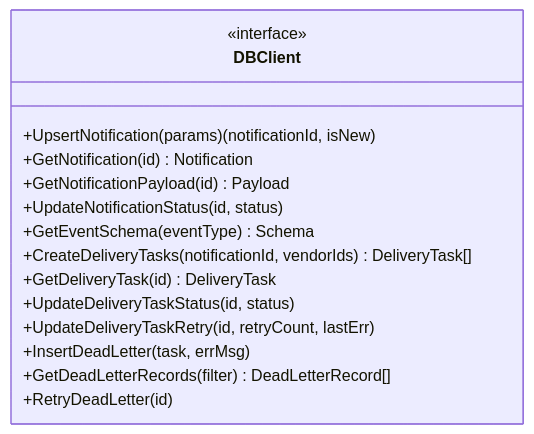
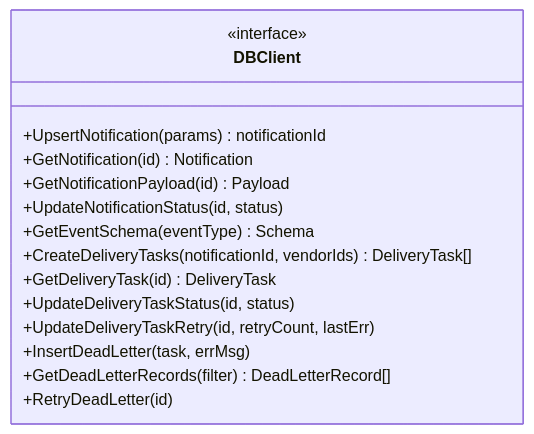
One commit to xnslong/rc_xnslong changed diagram 17 of 20 in doc/requirements/202605-notification-design-dd.md. Above: the diagram before and after it, drawn with Mermaid. The commit also changed other lines of this file, not shown here.

````diff
--- a/doc/requirements/202605-notification-design-dd.md
+++ b/doc/requirements/202605-notification-design-dd.md
@@ -1778,18 +1779,18 @@
 ```mermaid
 classDiagram
     class DBClient {
         <<interface>>
-        +UpsertNotification(params) (notificationId, isNew)
+        +UpsertNotification(params) notificationId
         +GetNotification(id) Notification
         +GetNotificationPayload(id) Payload
         +UpdateNotificationStatus(id, status)
         +GetEventSchema(eventType) Schema
         +CreateDeliveryTasks(notificationId, vendorIds) DeliveryTask[]
         +GetDeliveryTask(id) DeliveryTask
         +UpdateDeliveryTaskStatus(id, status)
         +UpdateDeliveryTaskRetry(id, retryCount, lastErr)
         +InsertDeadLetter(task, errMsg)
         +GetDeadLetterRecords(filter) DeadLetterRecord[]
         +RetryDeadLetter(id)
     }
 ```
````
